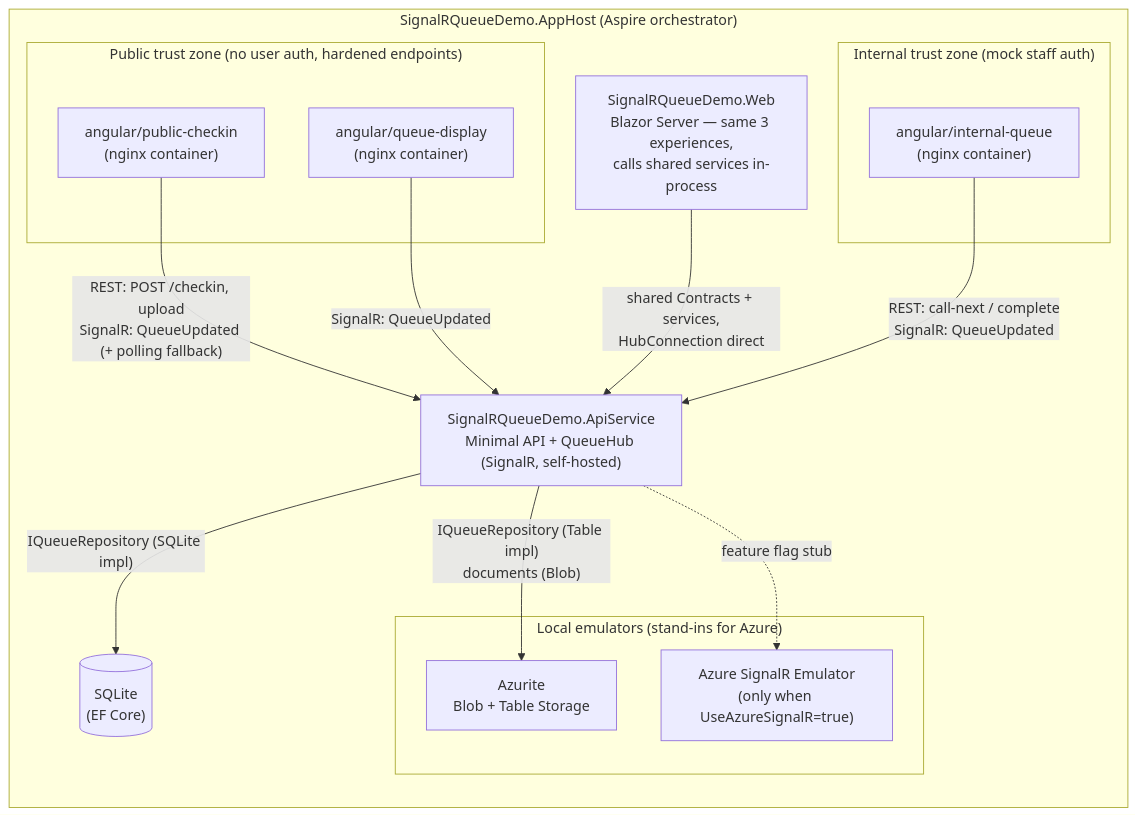
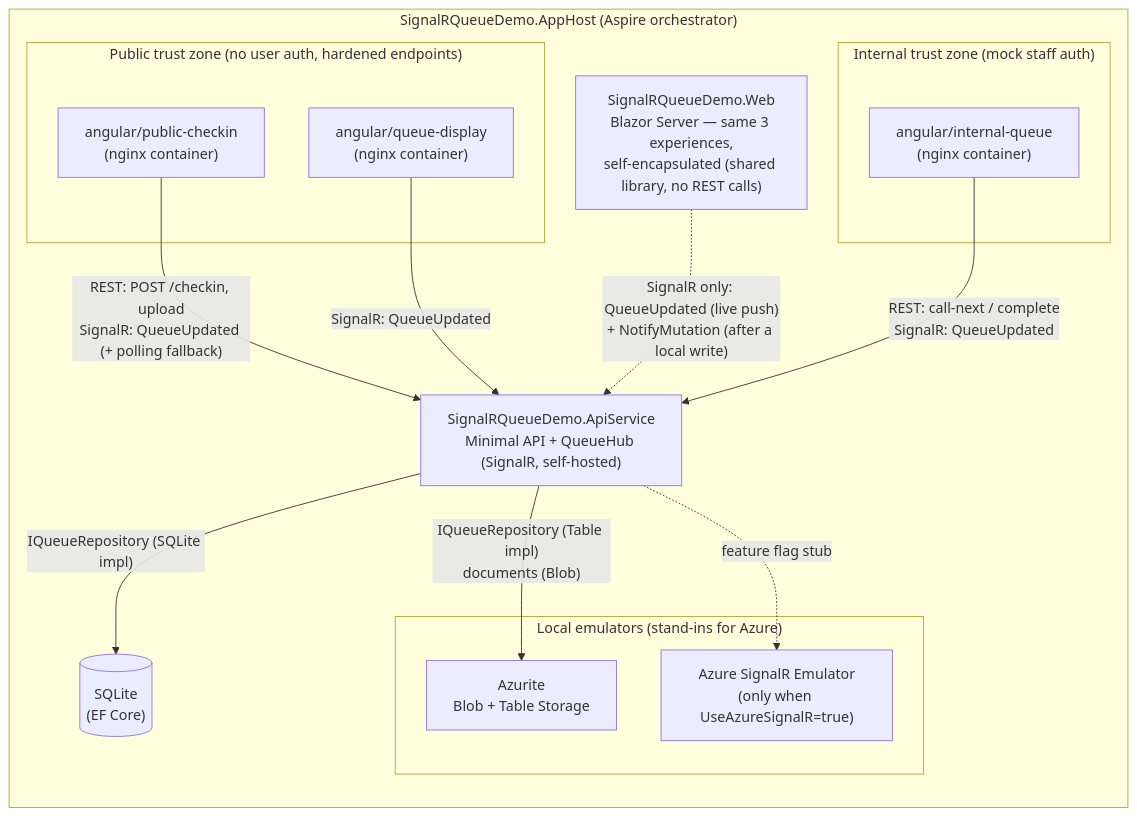
The first of 2 diagrams in docs/architecture.md (glensouza/signalr-queue-demo), drawn with Mermaid before and after one commit. The commit also changed other lines of this file and 10 other files, not shown here.

````diff
--- a/docs/architecture.md
+++ b/docs/architecture.md
@@ -9,34 +9,34 @@
 ```mermaid
 flowchart TB
     subgraph AppHost["SignalRQueueDemo.AppHost (Aspire orchestrator)"]
         direction TB
 
         subgraph public["Public trust zone (no user auth, hardened endpoints)"]
             checkin["angular/public-checkin<br/>(nginx container)"]
             display["angular/queue-display<br/>(nginx container)"]
         end
 
         subgraph internal["Internal trust zone (mock staff auth)"]
             staff["angular/internal-queue<br/>(nginx container)"]
         end
 
-        blazor["SignalRQueueDemo.Web<br/>Blazor Server — same 3 experiences,<br/>calls shared services in-process"]
+        blazor["SignalRQueueDemo.Web<br/>Blazor Server — same 3 experiences,<br/>self-encapsulated (shared library, no REST calls)"]
 
         api["SignalRQueueDemo.ApiService<br/>Minimal API + QueueHub (SignalR, self-hosted)"]
 
         subgraph emulators["Local emulators (stand-ins for Azure)"]
             azurite["Azurite<br/>Blob + Table Storage"]
             sigemu["Azure SignalR Emulator<br/>(only when UseAzureSignalR=true)"]
         end
 
         sqlite[("SQLite<br/>(EF Core)")]
     end
 
     checkin -- "REST: POST /checkin, upload<br/>SignalR: QueueUpdated (+ polling fallback)" --> api
     staff -- "REST: call-next / complete<br/>SignalR: QueueUpdated" --> api
     display -- "SignalR: QueueUpdated" --> api
-    blazor -- "shared Contracts + services,<br/>HubConnection direct" --> api
+    blazor -. "SignalR only: QueueUpdated (live push)<br/>+ NotifyMutation (after a local write)" .-> api
     api -- "IQueueRepository (SQLite impl)" --> sqlite
     api -- "IQueueRepository (Table impl)<br/>documents (Blob)" --> azurite
     api -. "feature flag stub" .-> sigemu
 ```
````
